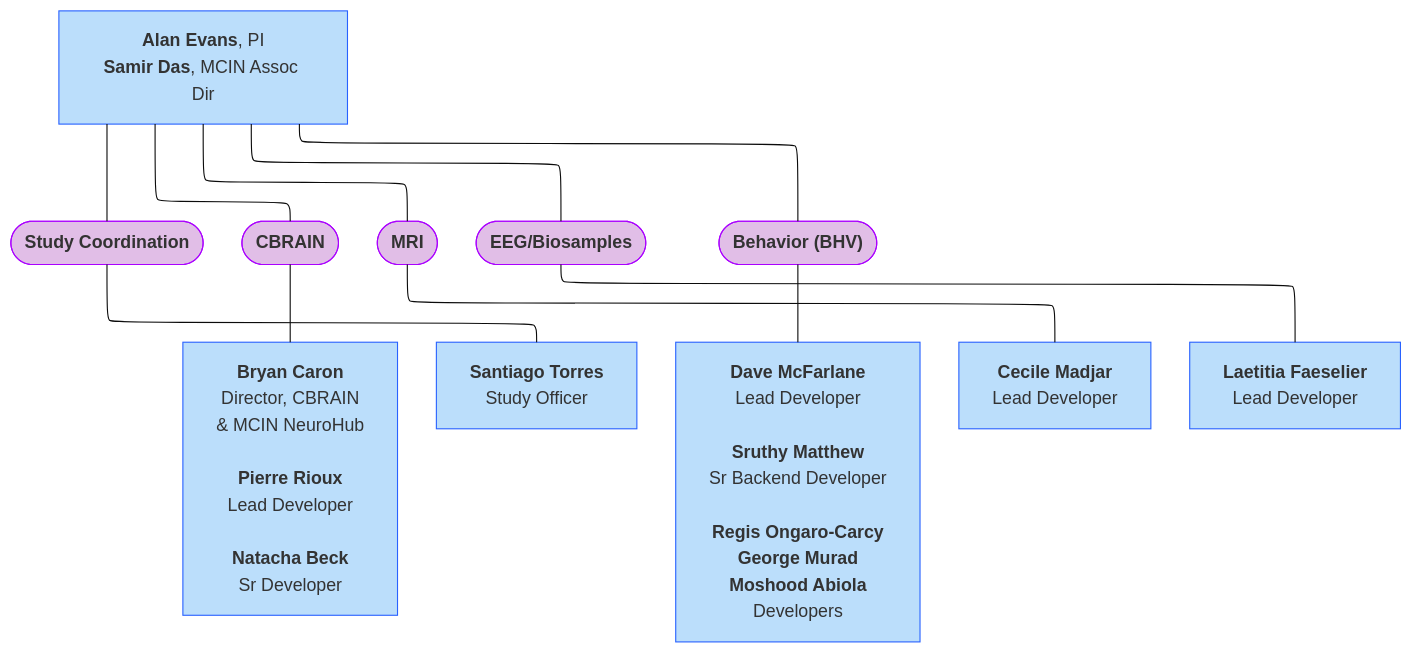
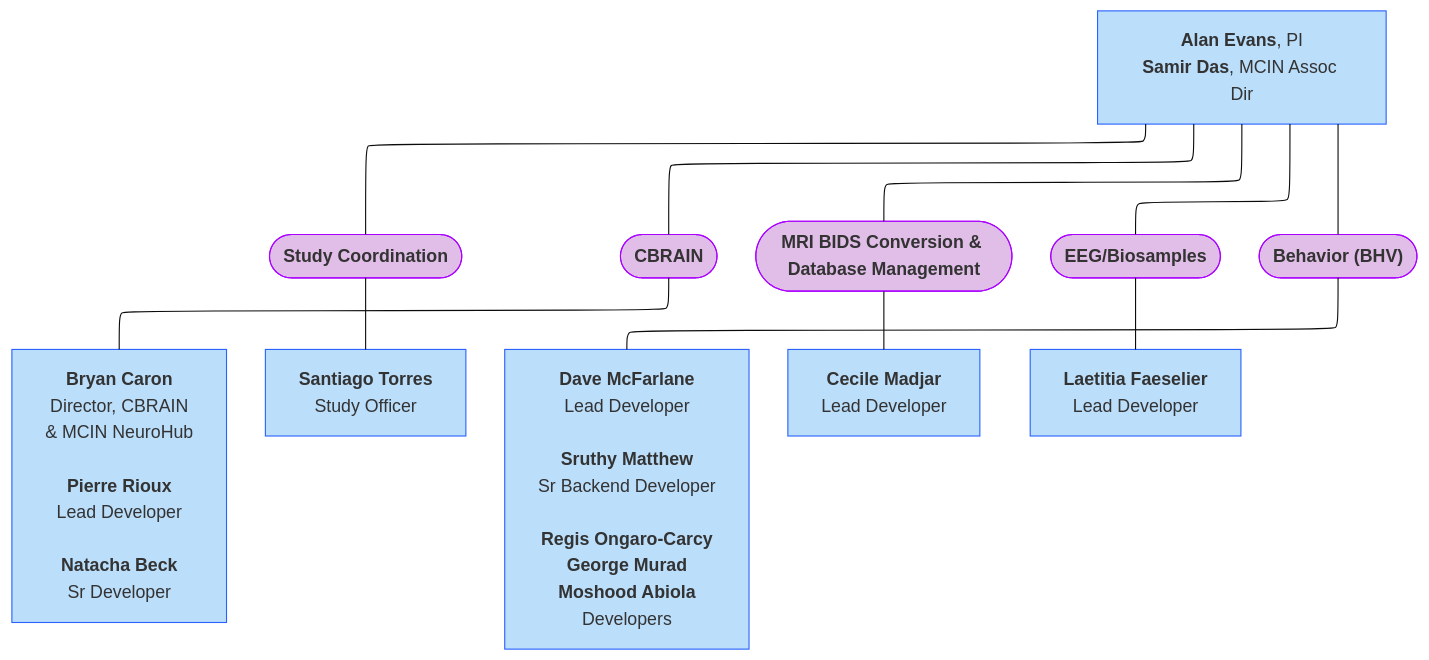
Before and after one commit to DCAN-Labs/hbcd-docs-internal: the second of 10 diagrams in docs/orgcharts.md, drawn with Mermaid (base theme).

Commit message:
update loris to specify mri role

````diff
--- a/docs/orgcharts.md
+++ b/docs/orgcharts.md
@@ -79,24 +79,26 @@
 ```mermaid
 ---
 config:
   layout: elk
 ---
 flowchart TB
-    nl["<b>Alan Evans</b>, PI<br><b>Samir Das</b>, MCIN Assoc Dir"] --- n9(["<b>Study Coordination</b>"]) & C(["<b>CBRAIN</b>"]) & G(["<b>MRI</b>"]) & H(["<b>EEG/Biosamples</b>"]) & F(["<b>Behavior (BHV)</b>"])
+    nl["<b>Alan Evans</b>, PI<br><b>Samir Das</b>, MCIN Assoc Dir"]
+    nl --- n9(["<b>Study Coordination</b>"]) & C(["<b>CBRAIN</b>"])
+    nl --- G(["<b>MRI BIDS Conversion & Database Management</b>"]) & H(["<b>EEG/Biosamples</b>"]) & F(["<b>Behavior (BHV)</b>"])
     C --- n12["<b>Bryan Caron</b><br>Director, CBRAIN<br>&amp; MCIN NeuroHub<br><br><b>Pierre Rioux</b><br>Lead Developer<br><br><b>Natacha Beck</b><br>Sr Developer"]
     n9 --- E["<b>Santiago Torres</b><br>Study Officer"]
     F --- I["<b>Dave McFarlane</b><br>Lead Developer<br><br><b>Sruthy Matthew</b><br>Sr Backend Developer<br><br><b>Regis Ongaro-Carcy<br>George Murad<br>Moshood Abiola</b><br>Developers"]
     G --- L["<b>Cecile Madjar</b><br>Lead Developer"]
     H --- M["<b>Laetitia Faeselier</b><br>Lead Developer"]
     style nl stroke:#2962FF,fill:#BBDEFB
     style n9 stroke:#AA00FF,fill:#E1BEE7
     style C stroke:#AA00FF,fill:#E1BEE7
     style G stroke:#AA00FF,fill:#E1BEE7
     style H stroke:#AA00FF,fill:#E1BEE7
     style F stroke:#AA00FF,fill:#E1BEE7
     style n12 stroke:#2962FF,fill:#BBDEFB
     style E stroke:#2962FF,fill:#BBDEFB
     style I stroke:#2962FF,fill:#BBDEFB
     style L stroke:#2962FF,fill:#BBDEFB
     style M stroke:#2962FF,fill:#BBDEFB
 ```
````
